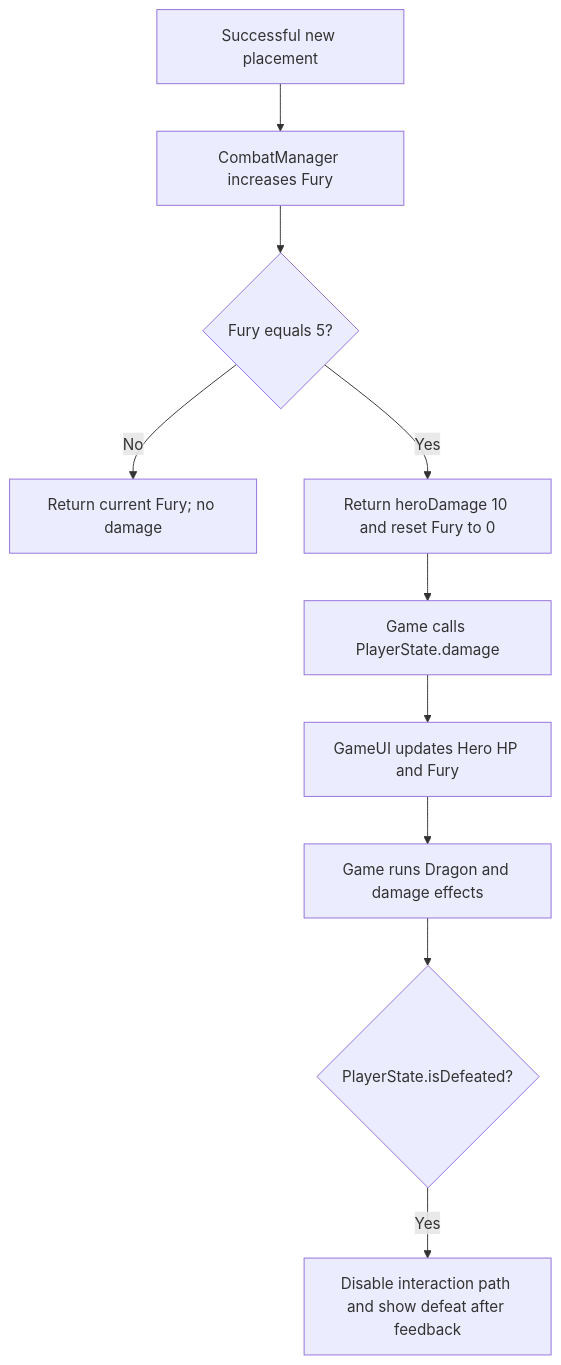
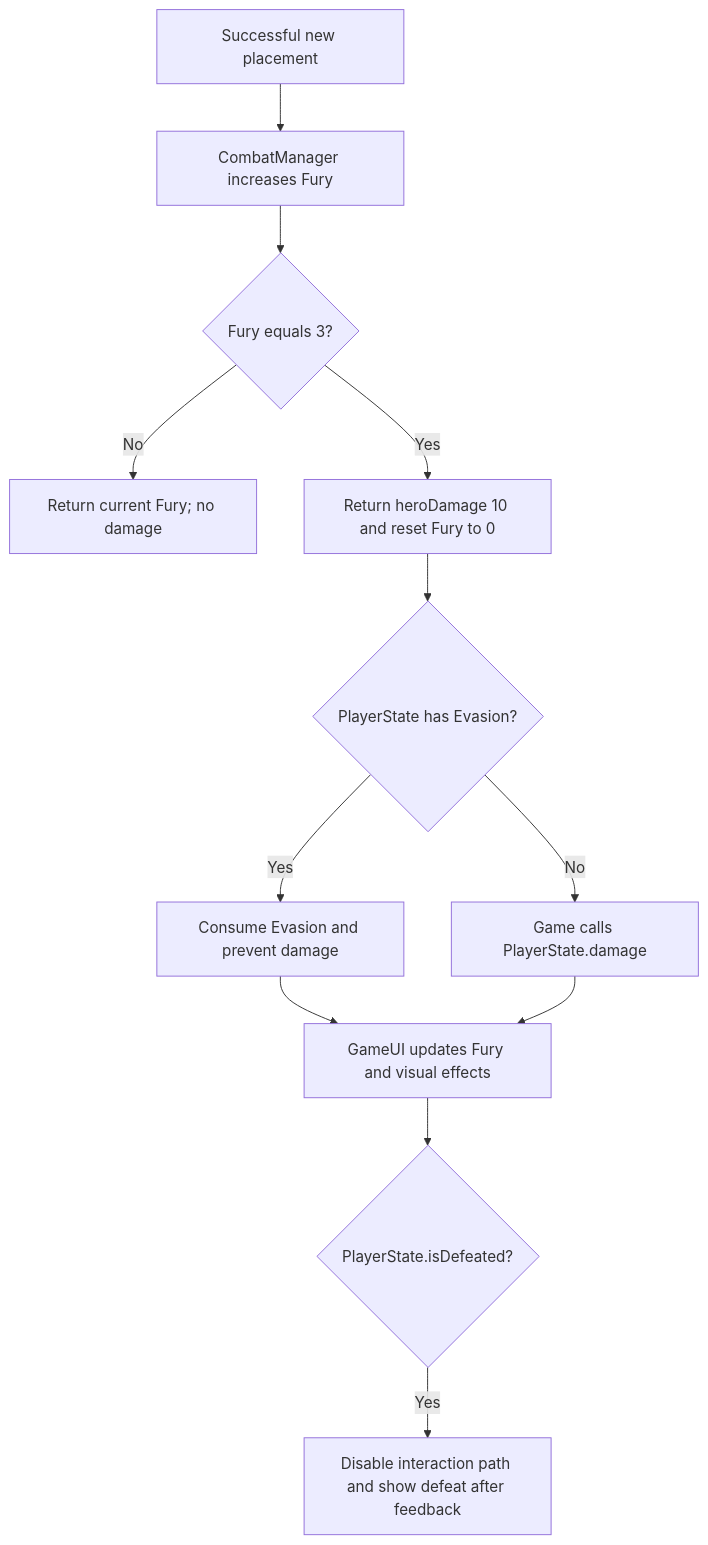
Before and after one commit to bruno-trindade85/sudoku-rpg: the fifth of 5 diagrams in docs/ARCHITECTURE.md, drawn with Mermaid. The commit also changed other lines of this file and 7 other files, not shown here.

````diff
--- a/docs/ARCHITECTURE.md
+++ b/docs/ARCHITECTURE.md
@@ -275,12 +282,14 @@
 ```mermaid
 flowchart TD
     A[Successful new placement] --> B[CombatManager increases Fury]
-    B --> C{Fury equals 5?}
+    B --> C{Fury equals 3?}
     C -- No --> D[Return current Fury; no damage]
     C -- Yes --> E[Return heroDamage 10 and reset Fury to 0]
-    E --> F[Game calls PlayerState.damage]
-    F --> G[GameUI updates Hero HP and Fury]
-    G --> H[Game runs Dragon and damage effects]
-    H --> I{PlayerState.isDefeated?}
-    I -- Yes --> J[Disable interaction path and show defeat after feedback]
+    E --> F{PlayerState has Evasion?}
+    F -- Yes --> G[Consume Evasion and prevent damage]
+    F -- No --> H[Game calls PlayerState.damage]
+    G --> I[GameUI updates Fury and visual effects]
+    H --> I
+    I --> J{PlayerState.isDefeated?}
+    J -- Yes --> K[Disable interaction path and show defeat after feedback]
 ```
````
